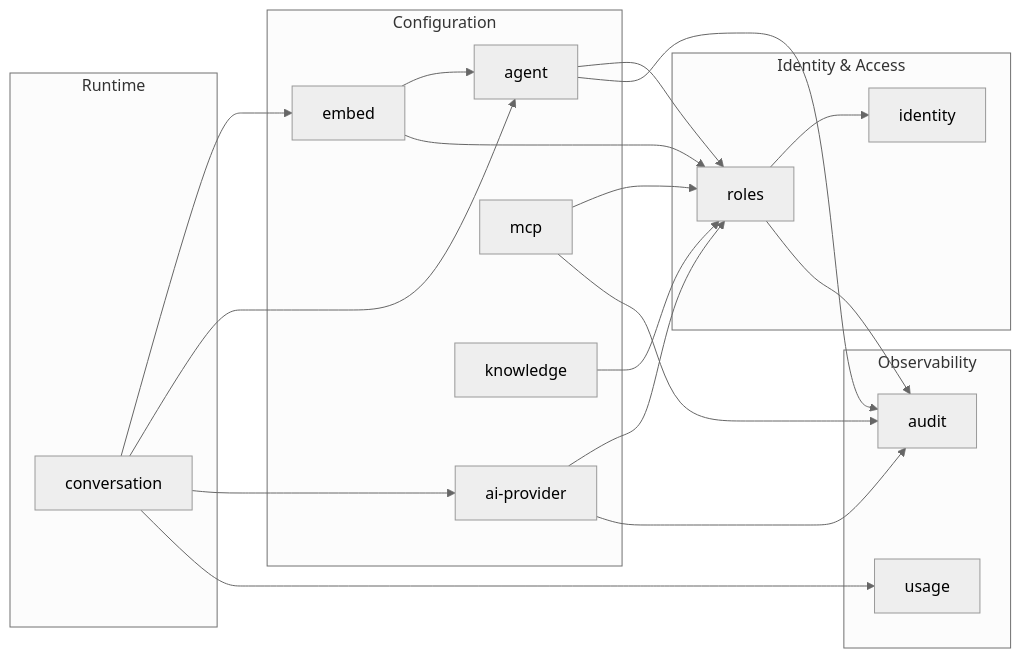
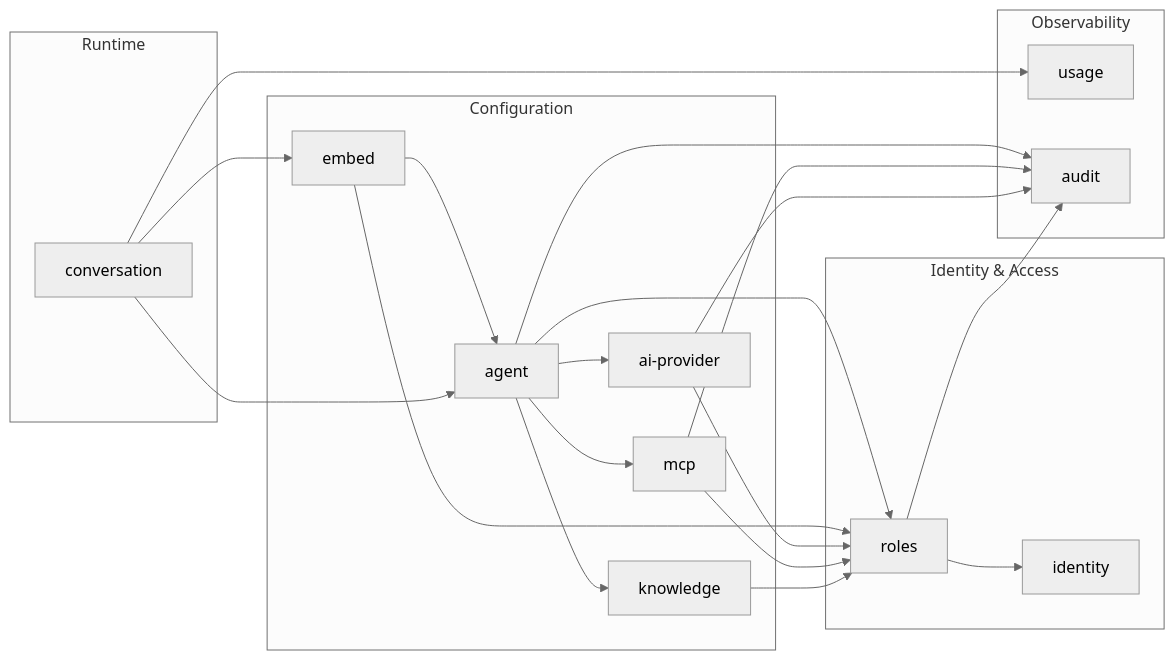
The diagram in docs/architecture/module-diagram.md (Talqo/talqo), drawn with Mermaid (neutral theme) before and after one commit. The commit also changed other lines of this file and 1 other file, not shown here.

Commit message:
docs(architecture): align agent dependencies

````diff
--- a/docs/architecture/module-diagram.md
+++ b/docs/architecture/module-diagram.md
@@ -9,43 +9,45 @@
 ```mermaid
 graph LR
     subgraph "Identity & Access"
         identity[identity]
         roles[roles]
     end
 
     subgraph "Configuration"
         agent[agent]
         embed[embed]
         ai_provider["ai-provider"]
         mcp[mcp]
         knowledge[knowledge]
     end
 
     subgraph "Runtime"
         conversation[conversation]
     end
 
     subgraph "Observability"
         usage[usage]
         audit[audit]
     end
 
     roles --> identity
 
     agent --> roles
+    agent --> ai_provider
+    agent --> mcp
+    agent --> knowledge
     embed --> agent
     embed --> roles
     ai_provider --> roles
     mcp --> roles
     knowledge --> roles
 
     conversation --> embed
     conversation --> agent
-    conversation --> ai_provider
     conversation --> usage
 
     roles --> audit
     agent --> audit
     mcp --> audit
     ai_provider --> audit
 ```
````
